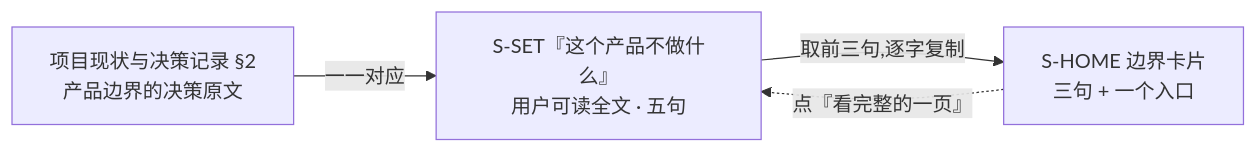
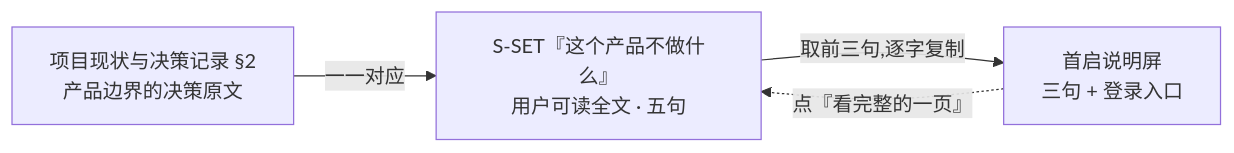
One commit to chenyuanjin/kubic changed the second of 7 diagrams in docs/product/specs/首次使用与权限申请.md. Above: the diagram before and after it, drawn with Mermaid. The commit also changed other lines of this file and 15 other files, not shown here.

````diff
--- a/docs/product/specs/首次使用与权限申请.md
+++ b/docs/product/specs/首次使用与权限申请.md
@@ -176,6 +193,6 @@
 ```mermaid
 flowchart LR
     A["项目现状与决策记录 §2<br/>产品边界的决策原文"] -->|"一一对应"| B["S-SET『这个产品不做什么』<br/>用户可读全文 · 五句"]
-    B -->|"取前三句,逐字复制"| C["S-HOME 边界卡片<br/>三句 + 一个入口"]
+    B -->|"取前三句,逐字复制"| C["首启说明屏<br/>三句 + 登录入口"]
     C -.->|"点『看完整的一页』"| B
 ```
````
